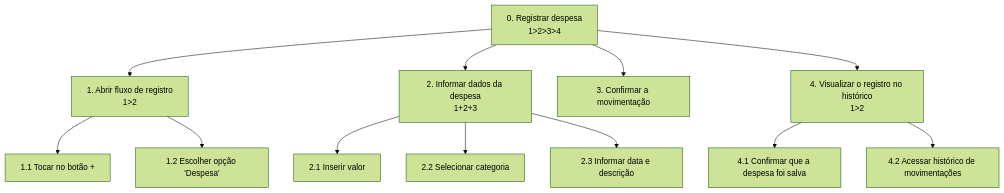
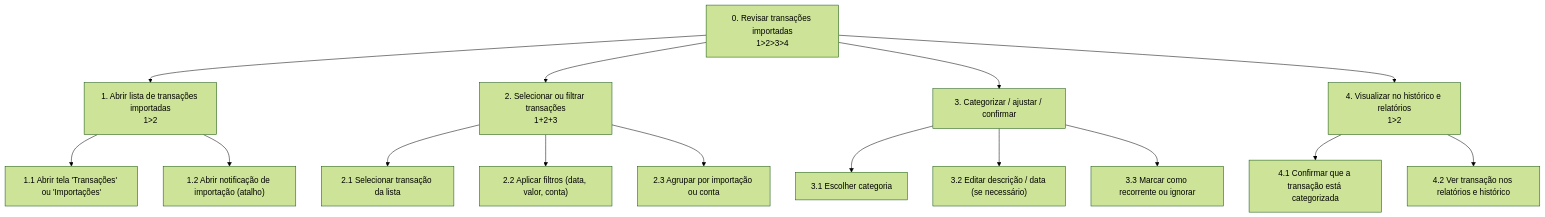
The first of 2 diagrams in docs/6_analise_tarefas.md (lauandanobre/Organize), drawn with Mermaid (forest theme) before and after one commit. The commit also changed other lines of this file, not shown here.

````diff
--- a/docs/6_analise_tarefas.md
+++ b/docs/6_analise_tarefas.md
@@ -9,14 +9,17 @@
 ```mermaid
 graph TD
-    A["0. Registrar despesa<br/>1>2>3>4"] --> B["1. Abrir fluxo de registro<br/>1>2"]
-    A --> C["2. Informar dados da despesa<br/>1+2+3"]
-    A --> D["3. Confirmar a movimentação"]
-    A --> E["4. Visualizar o registro no histórico<br/>1>2"]
-    B --> B1["1.1 Tocar no botão +"]
-    B --> B2["1.2 Escolher opção 'Despesa'"]
-    C --> C1["2.1 Inserir valor"]
-    C --> C2["2.2 Selecionar categoria"]
-    C --> C3["2.3 Informar data e descrição"]
-    E --> E1["4.1 Confirmar que a despesa foi salva"]
-    E --> E2["4.2 Acessar histórico de movimentações"]
+  A["0. Revisar transações importadas<br/>1>2>3>4"] --> B["1. Abrir lista de transações importadas<br/>1>2"]
+  A --> C["2. Selecionar ou filtrar transações<br/>1+2+3"]
+  A --> D["3. Categorizar / ajustar / confirmar"]
+  A --> E["4. Visualizar no histórico e relatórios<br/>1>2"]
+  B --> B1["1.1 Abrir tela 'Transações' ou 'Importações'"]
+  B --> B2["1.2 Abrir notificação de importação (atalho)"]
+  C --> C1["2.1 Selecionar transação da lista"]
+  C --> C2["2.2 Aplicar filtros (data, valor, conta)"]
+  C --> C3["2.3 Agrupar por importação ou conta"]
+  D --> D1["3.1 Escolher categoria"]
+  D --> D2["3.2 Editar descrição / data (se necessário)"]
+  D --> D3["3.3 Marcar como recorrente ou ignorar"]
+  E --> E1["4.1 Confirmar que a transação está categorizada"]
+  E --> E2["4.2 Ver transação nos relatórios e histórico"]
 ```
````
